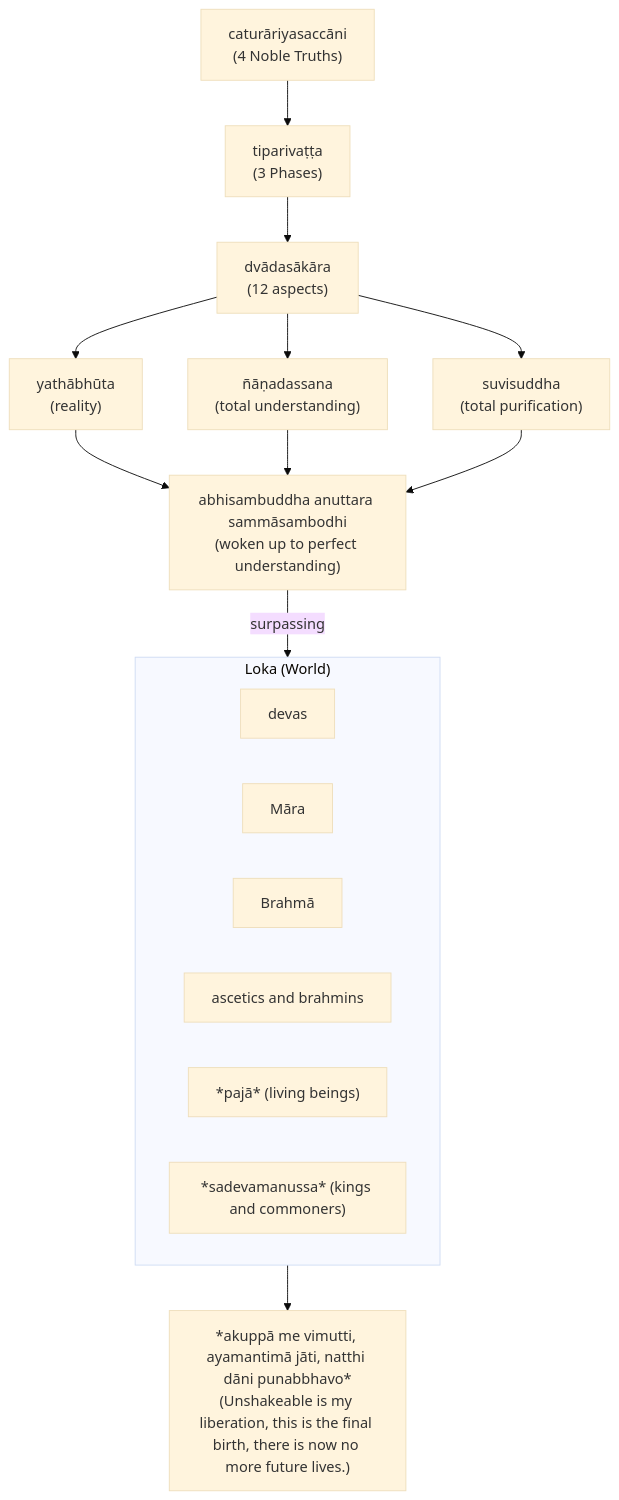
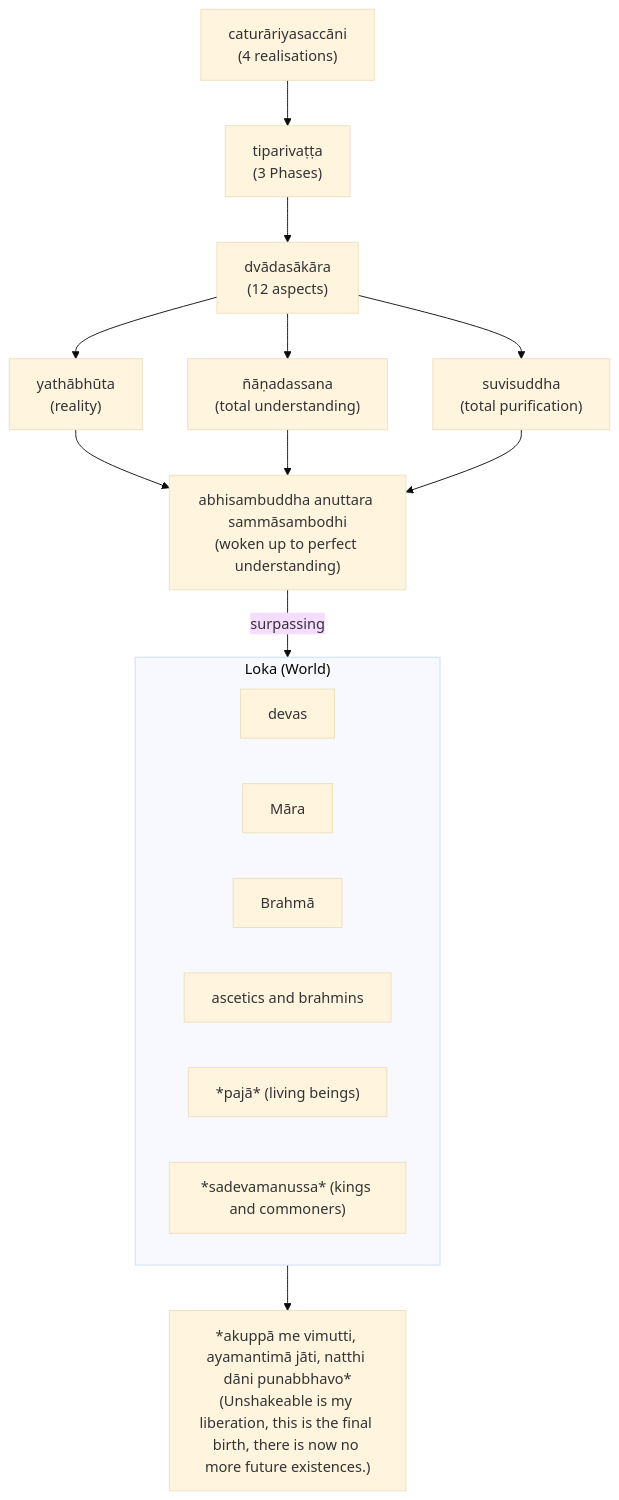
Before and after one commit to ChristineTham/tidipa: the ninth of 13 diagrams in content/Khandhaka/1.6.md, drawn with Mermaid (base theme). The commit also changed other lines of this file and 1 other file, not shown here.

````diff
--- a/content/Khandhaka/1.6.md
+++ b/content/Khandhaka/1.6.md
@@ -426,15 +426,15 @@
 ```mermaid
 graph
-    NT["caturāriyasaccāni<br>(4 Noble Truths)"] --> P3["tiparivaṭṭa<br>(3 Phases)"] --> A12["dvādasākāra<br>(12 aspects)"] --> A & B & C --> D["abhisambuddha anuttara sammāsambodhi<br>(woken up to perfect understanding)"] -->|surpassing| L --> O["*akuppā me vimutti, ayamantimā jāti, natthi dāni punabbhavo*<br>(Unshakeable is my liberation, this is the final birth, there is now no more future lives.)"]
+    NT["caturāriyasaccāni<br>(4 realisations)"] --> P3["tiparivaṭṭa<br>(3 Phases)"] --> A12["dvādasākāra<br>(12 aspects)"] --> A & B & C --> D["abhisambuddha anuttara sammāsambodhi<br>(woken up to perfect understanding)"] -->|surpassing| L --> O["*akuppā me vimutti, ayamantimā jāti, natthi dāni punabbhavo*<br>(Unshakeable is my liberation, this is the final birth, there is now no more future existences.)"]
     A["yathābhūta<br>(reality)"]
     B["ñāṇadassana<br>(total understanding)"]
     C["suvisuddha<br>(total purification)"]
     subgraph L["Loka (World)"]
         L1["devas"]
         L2["Māra"]
         L3["Brahmā"]
         L4["ascetics and brahmins"]
         L5["*pajā* (living beings)"]
         L6["*sadevamanussa* (kings and commoners)"]
     end
 ```
````
